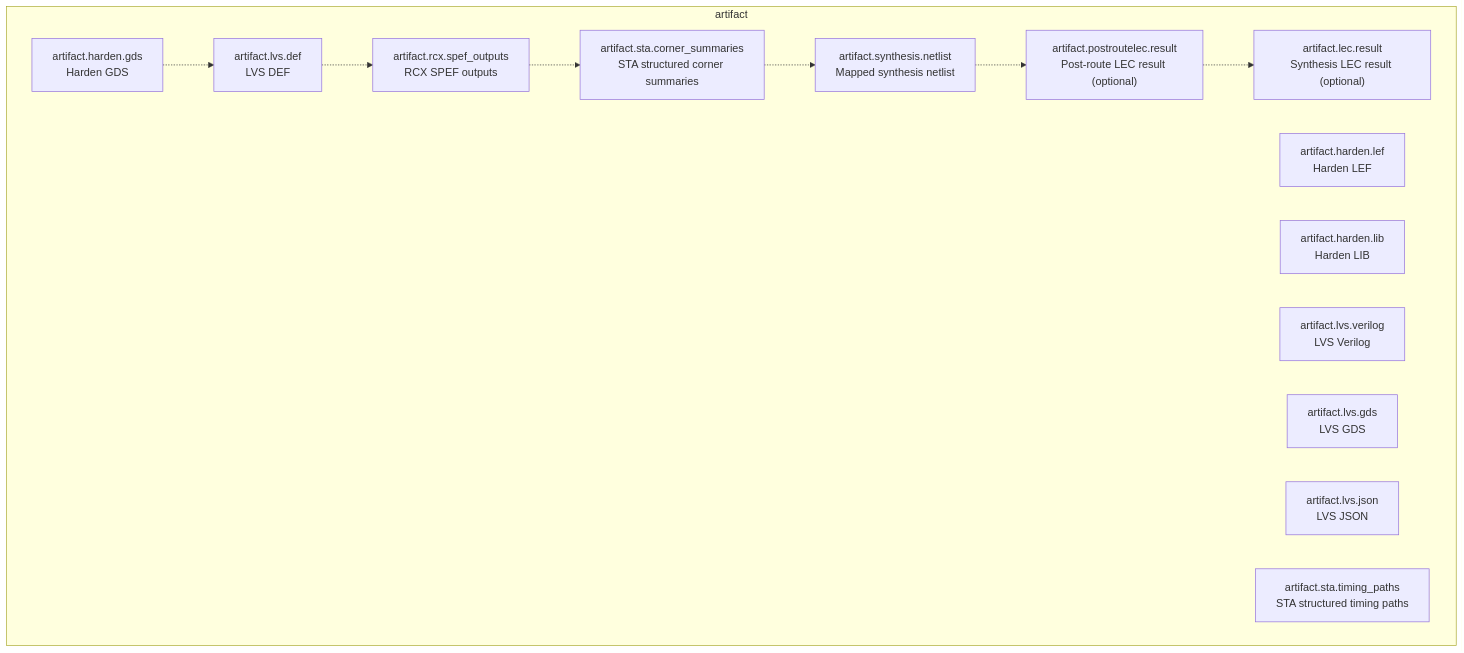
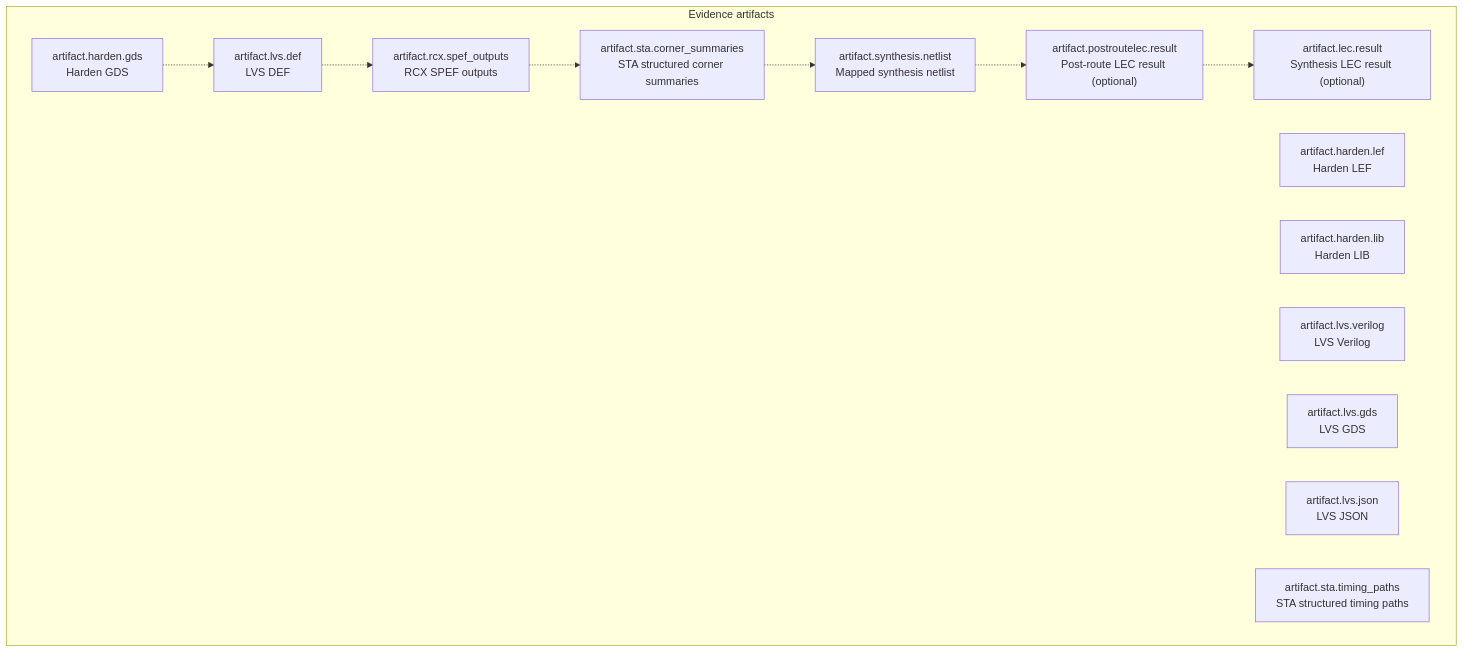
One commit to openecos-projects/ecc changed the fifth of 45 diagrams in .github/signoff-board/signoff-kanban.md. Above: the diagram before and after it, drawn with Mermaid. The commit also changed other lines of this file and 4 other files, not shown here.

````diff
--- a/.github/signoff-board/signoff-kanban.md
+++ b/.github/signoff-board/signoff-kanban.md
@@ -55,24 +196,24 @@
 ```mermaid
 flowchart TB
-  subgraph cat_artifact["artifact"]
+  subgraph cat_artifact["Evidence artifacts"]
     artifact_harden_gds["artifact.harden.gds<br/>Harden GDS"]
     artifact_harden_lef["artifact.harden.lef<br/>Harden LEF"]
     artifact_harden_lib["artifact.harden.lib<br/>Harden LIB"]
     artifact_lvs_def["artifact.lvs.def<br/>LVS DEF"]
     artifact_lvs_verilog["artifact.lvs.verilog<br/>LVS Verilog"]
     artifact_lvs_gds["artifact.lvs.gds<br/>LVS GDS"]
     artifact_lvs_json["artifact.lvs.json<br/>LVS JSON"]
     artifact_rcx_spef_outputs["artifact.rcx.spef_outputs<br/>RCX SPEF outputs"]
     artifact_sta_corner_summaries["artifact.sta.corner_summaries<br/>STA structured corner summaries"]
     artifact_sta_timing_paths["artifact.sta.timing_paths<br/>STA structured timing paths"]
     artifact_synthesis_netlist["artifact.synthesis.netlist<br/>Mapped synthesis netlist"]
     artifact_postroutelec_result["artifact.postroutelec.result<br/>Post-route LEC result (optional)"]
     artifact_lec_result["artifact.lec.result<br/>Synthesis LEC result (optional)"]
   end
   artifact_harden_gds -.-> artifact_lvs_def
   artifact_lvs_def -.-> artifact_rcx_spef_outputs
   artifact_rcx_spef_outputs -.-> artifact_sta_corner_summaries
   artifact_sta_corner_summaries -.-> artifact_synthesis_netlist
   artifact_synthesis_netlist -.-> artifact_postroutelec_result
   artifact_postroutelec_result -.-> artifact_lec_result
 ```
````
